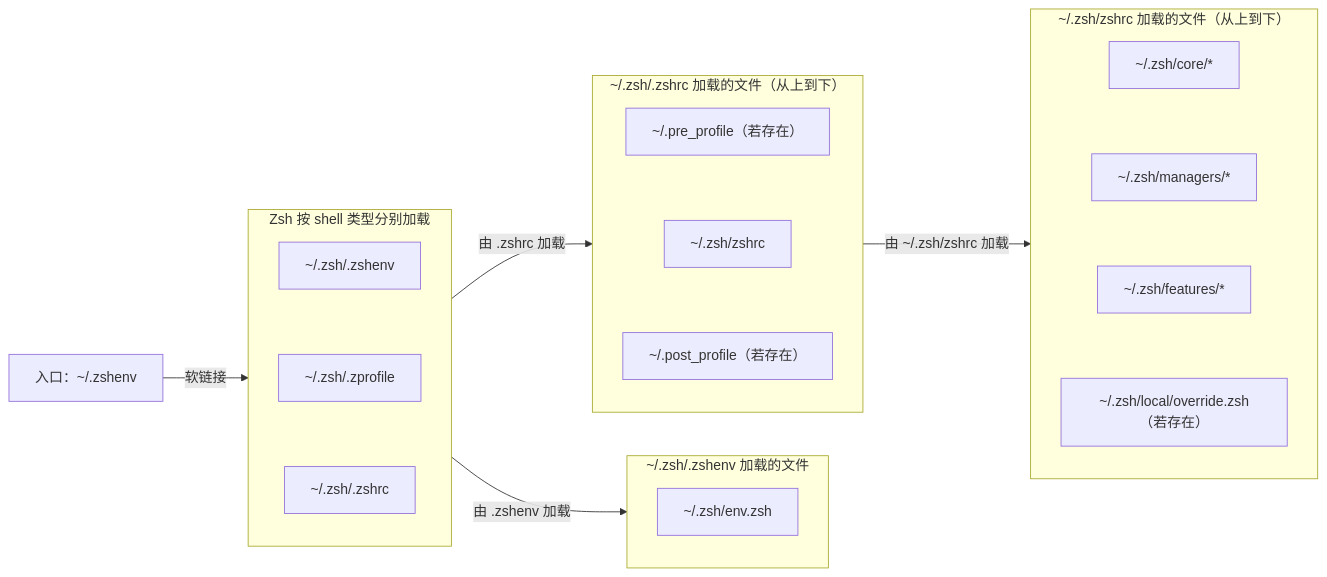
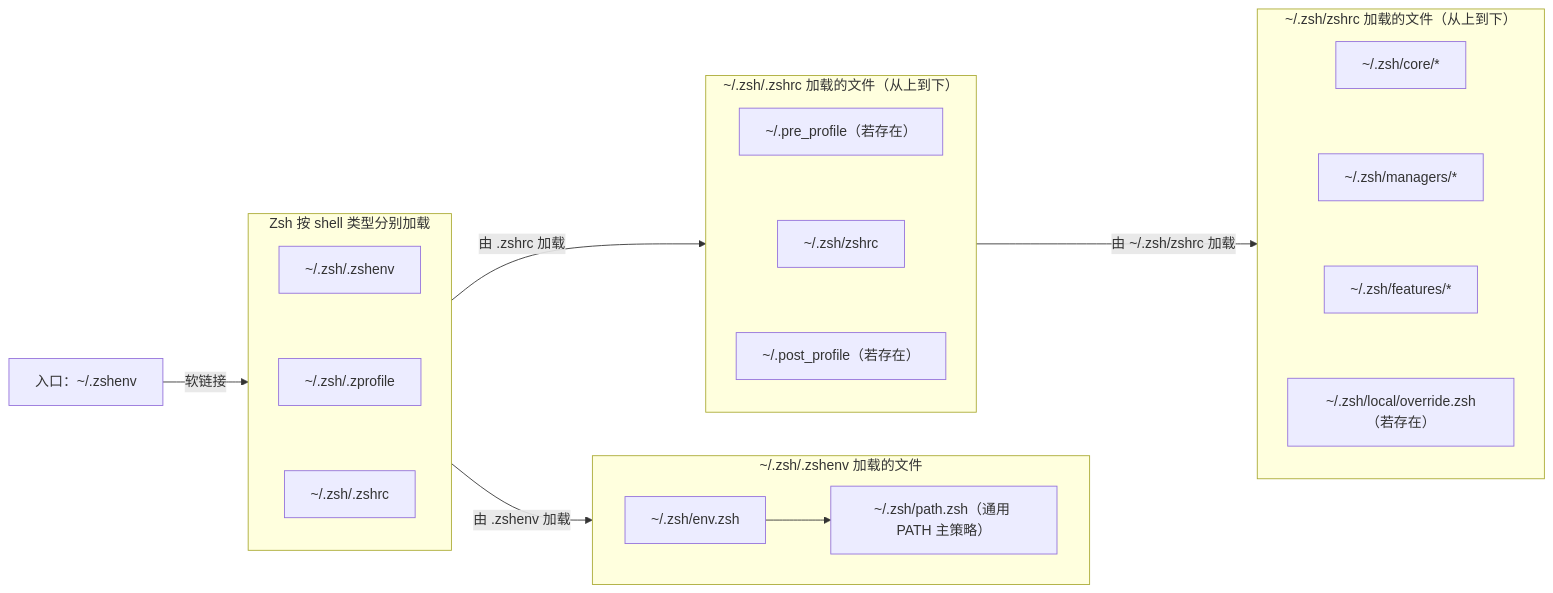
Before and after one commit to Forgo7ten/dotfiles: the diagram in README.md, drawn with Mermaid. The commit also changed other lines of this file and 4 other files, not shown here.

Commit message:
refactor(zsh): 统一 PATH 初始化与登录 shell 加载

````diff
--- a/README.md
+++ b/README.md
@@ -25,50 +25,53 @@
 ```mermaid
 flowchart LR
     A["入口：~/.zshenv"]
 
     subgraph system["Zsh 按 shell 类型分别加载"]
         direction TB
 
         B["~/.zsh/.zshenv"]
         P["~/.zsh/.zprofile"]
         C["~/.zsh/.zshrc"]
 
         B ~~~ P
         P ~~~ C
     end
 
     subgraph environment["~/.zsh/.zshenv 加载的文件"]
-        direction TB
+        direction LR
 
         Q["~/.zsh/env.zsh"]
+        R["~/.zsh/path.zsh（通用 PATH 主策略）"]
+
+        Q --> R
     end
 
     subgraph bootstrap["~/.zsh/.zshrc 加载的文件（从上到下）"]
         direction TB
 
         D["~/.pre_profile（若存在）"]
         E["~/.zsh/zshrc"]
         F["~/.post_profile（若存在）"]
 
         D ~~~ E
         E ~~~ F
     end
 
     subgraph config["~/.zsh/zshrc 加载的文件（从上到下）"]
         direction TB
 
         G["~/.zsh/core/*"]
         H["~/.zsh/managers/*"]
         I["~/.zsh/features/*"]
         J["~/.zsh/local/override.zsh（若存在）"]
 
         G ~~~ H
         H ~~~ I
         I ~~~ J
     end
 
     A -->|软链接| system
     system -->|"由 .zshenv 加载"| environment
     system -->|"由 .zshrc 加载"| bootstrap
     bootstrap -->|"由 ~/.zsh/zshrc 加载"| config
 ```
````
